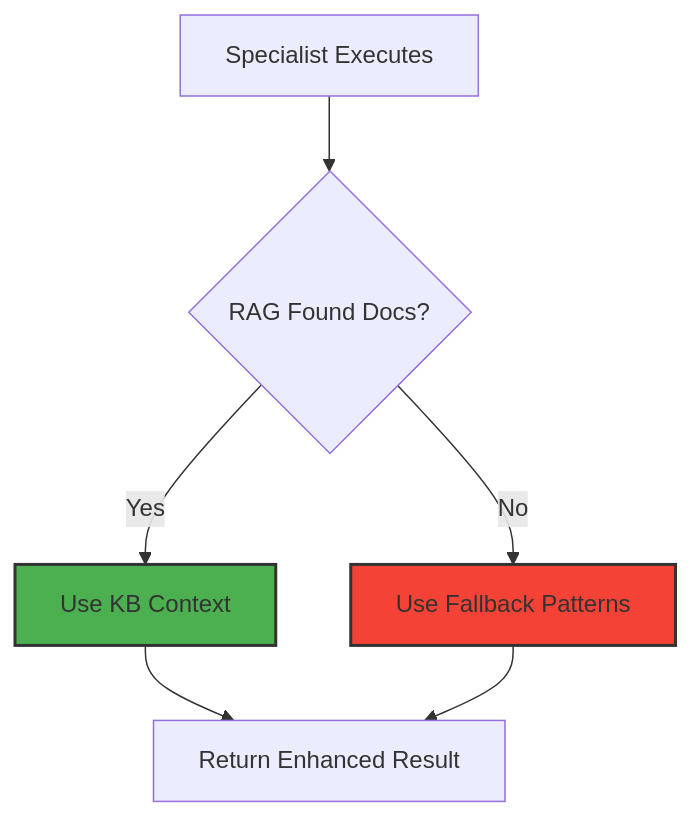
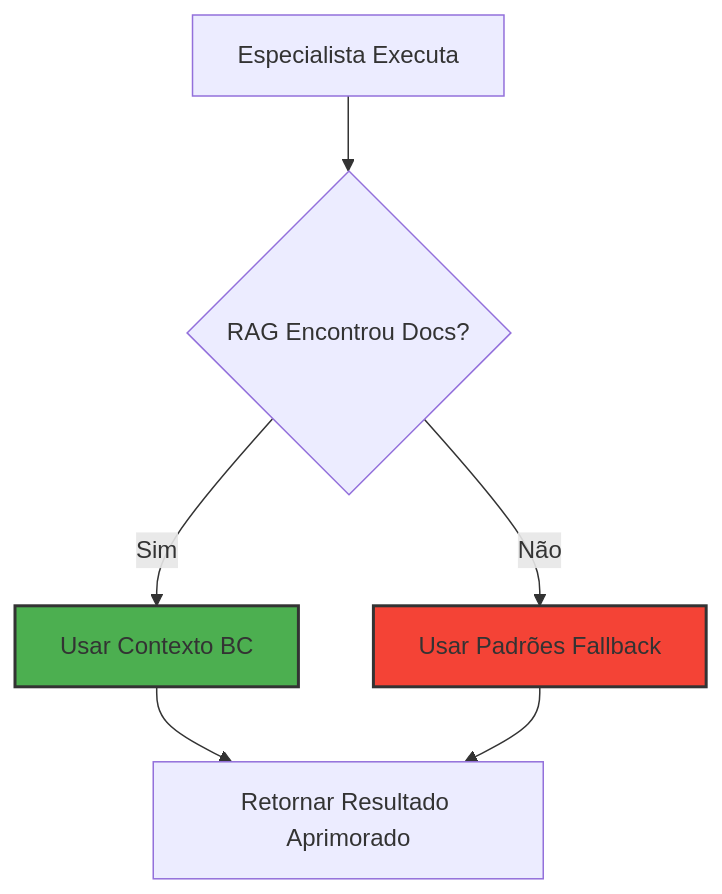
Diagram 11 of 11 in docs/architecture/agent-flow.md (VictorCappelletto/data_agent_ia_01), drawn with Mermaid before and after one commit. The commit also changed other lines of this file and 11 other files, not shown here.

````diff
--- a/docs/architecture/agent-flow.md
+++ b/docs/architecture/agent-flow.md
@@ -235,11 +235,11 @@
 ```mermaid
 graph TD
-    A[Specialist Executes] --> B{RAG Found Docs?}
-    B -->|Yes| C[Use KB Context]
-    B -->|No| D[Use Fallback Patterns]
-    C --> E[Return Enhanced Result]
+    A[Especialista Executa] --> B{RAG Encontrou Docs?}
+    B -->|Sim| C[Usar Contexto BC]
+    B -->|Não| D[Usar Padrões Fallback]
+    C --> E[Retornar Resultado Aprimorado]
     D --> E
     
     style C fill:#4caf50,stroke:#333,stroke-width:2px
     style D fill:#f44336,stroke:#333,stroke-width:2px
 ```
````
